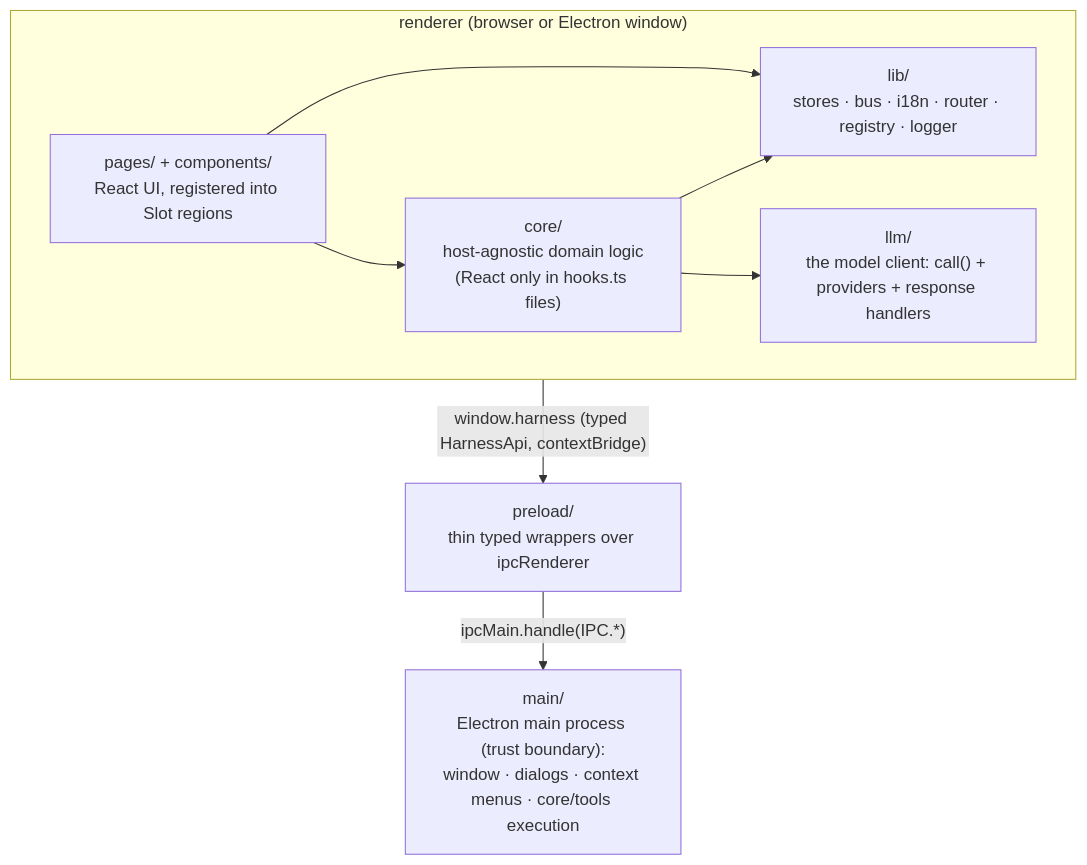
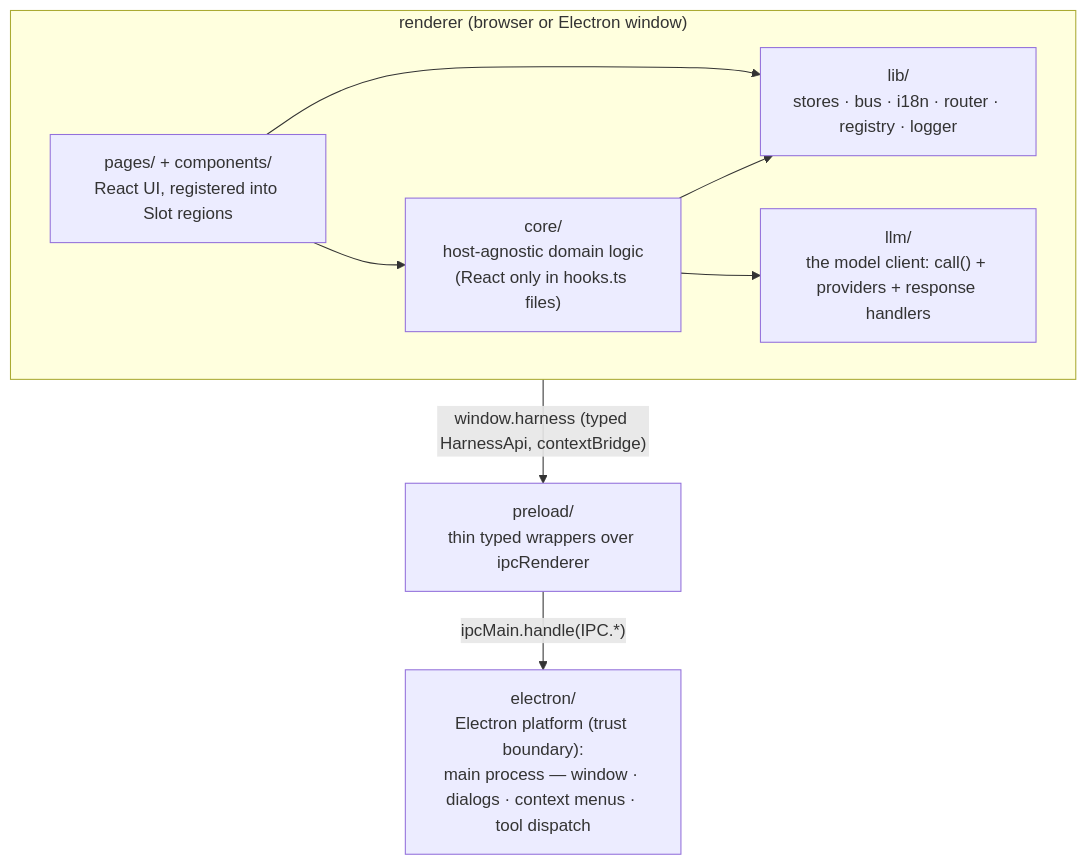
Before and after one commit to bilikaz/v84-harness: the diagram in docs/ARCHITECTURE.md, drawn with Mermaid. The commit also changed other lines of this file and 41 other files, not shown here.

````diff
--- a/docs/ARCHITECTURE.md
+++ b/docs/ARCHITECTURE.md
@@ -25,17 +25,17 @@
 ```mermaid
 flowchart TD
     subgraph renderer["renderer (browser or Electron window)"]
         ui["pages/ + components/<br/>React UI, registered into Slot regions"]
         lib["lib/<br/>stores · bus · i18n · router · registry · logger"]
         core["core/<br/>host-agnostic domain logic<br/>(React only in hooks.ts files)"]
         llm["llm/<br/>the model client: call() + providers + response handlers"]
         ui --> lib
         ui --> core
         core --> lib
         core --> llm
     end
     preload["preload/<br/>thin typed wrappers over ipcRenderer"]
-    main["main/<br/>Electron main process (trust boundary):<br/>window · dialogs · context menus · core/tools execution"]
+    electron["electron/<br/>Electron platform (trust boundary):<br/>main process — window · dialogs · context menus · tool dispatch"]
     renderer -->|"window.harness (typed HarnessApi, contextBridge)"| preload
-    preload -->|"ipcMain.handle(IPC.*)"| main
+    preload -->|"ipcMain.handle(IPC.*)"| electron
 ```
````
